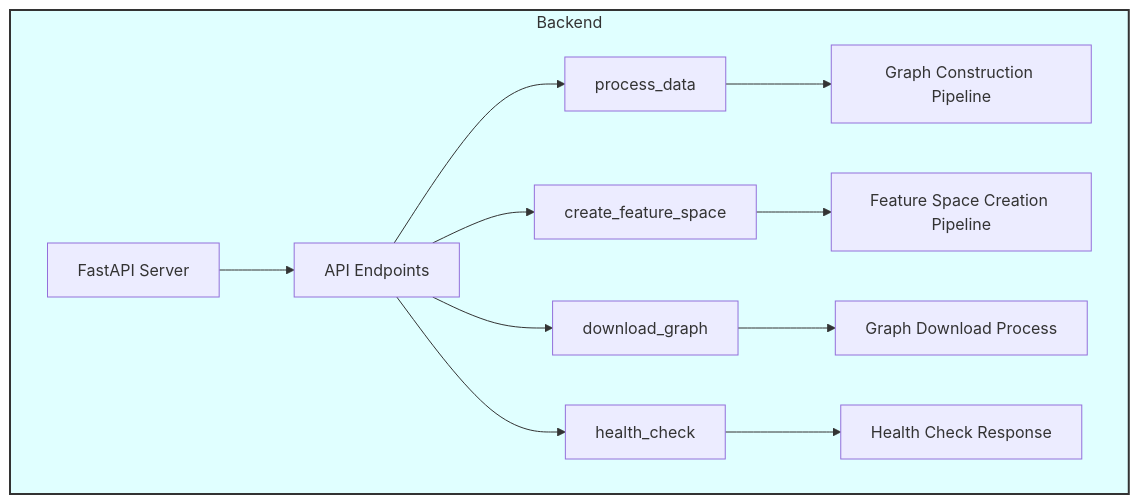
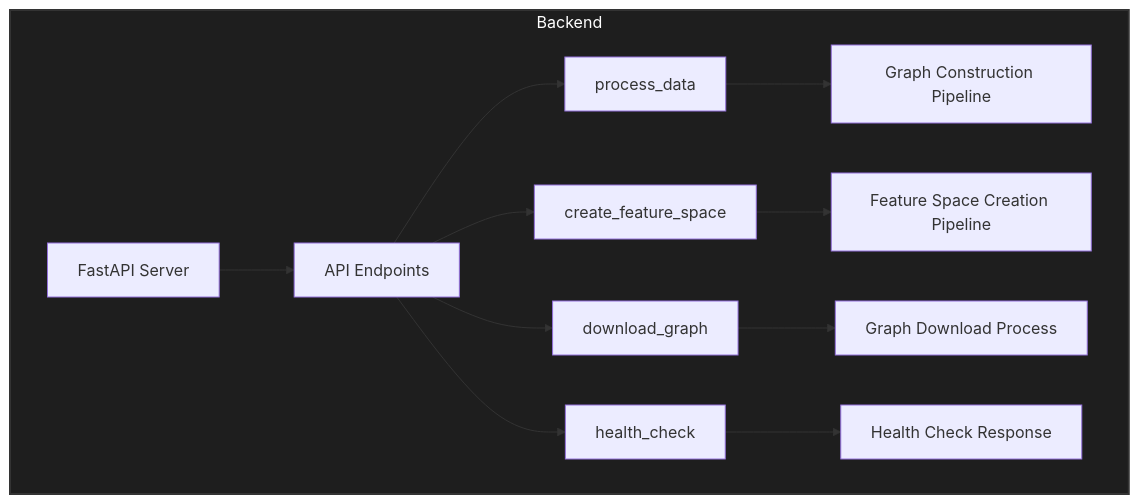
One commit to MaLoskins/GNN_Application changed the second of 6 diagrams in README.md. Above: the diagram before and after it, drawn with Mermaid. The commit also changed other lines of this file, not shown here.

````diff
--- a/README.md
+++ b/README.md
@@ -807,21 +807,21 @@
 ```mermaid
 graph TD
     %% Backend Section
     subgraph Backend [Backend]
         K[FastAPI Server] --> L[API Endpoints]
         L --> M[process_data]
         L --> N[create_feature_space]
         L --> O[download_graph]
         L --> P[health_check]
         
         %% API Endpoint Processes
         M --> P_GraphConstruction[Graph Construction Pipeline]
         N --> P_FeatureSpaceCreation[Feature Space Creation Pipeline]
         O --> P_GraphDownload[Graph Download Process]
         P --> Q[Health Check Response]
     end
     
     %% Styling
-    classDef backend fill:#e0ffff,stroke:#333,stroke-width:2px;
+    classDef backend fill:#1e1e1e,stroke:#333333,stroke-width:2px,color:#ffffff;
     class Backend backend;
 ```
````
